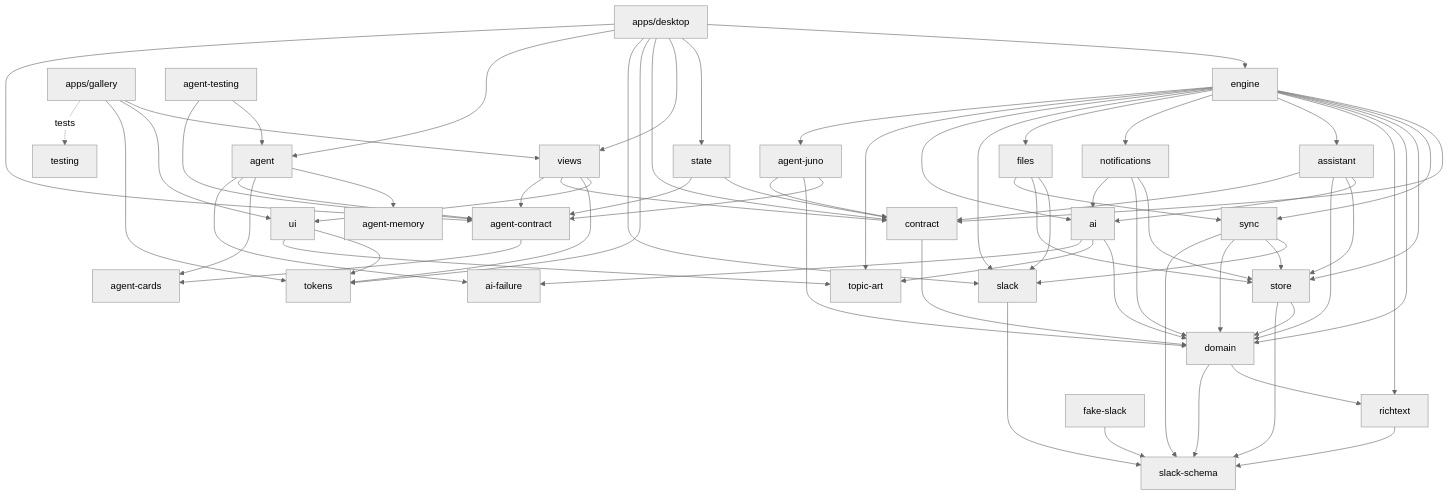
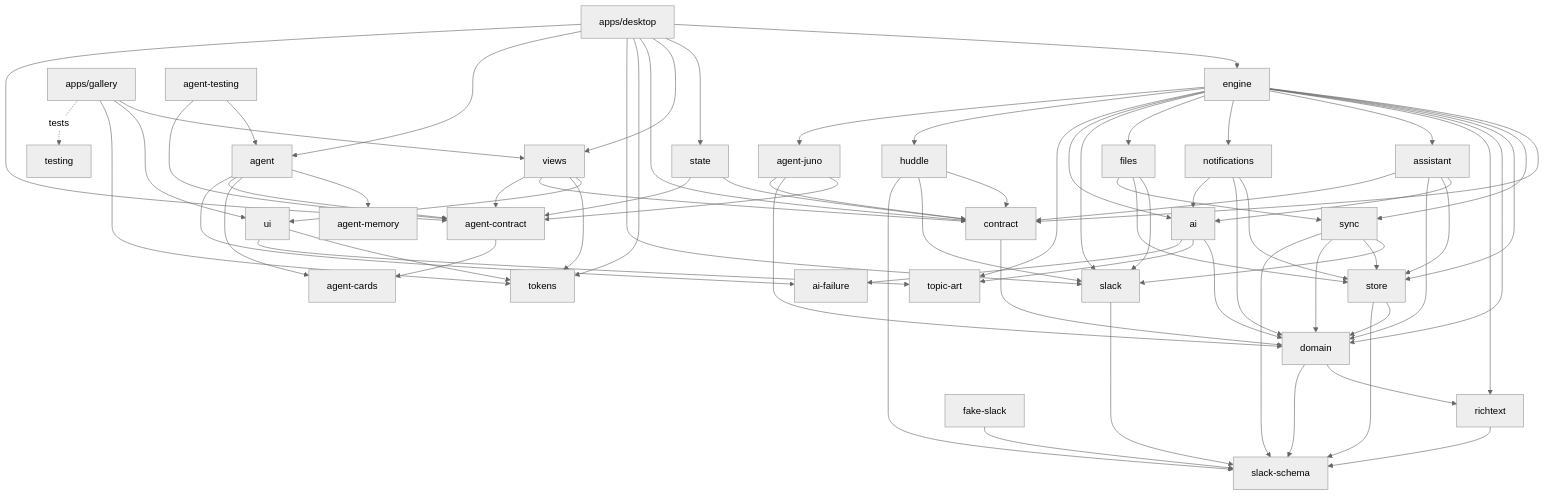
One commit to triptu/juno changed the second of 2 diagrams in docs/architecture.md. Above: the diagram before and after it, drawn with Mermaid (neutral theme). The commit also changed other lines of this file and 3 other files, not shown here.

Commit message:
Document the huddle engine: store, media reports and the status TODO

````diff
--- a/docs/architecture.md
+++ b/docs/architecture.md
@@ -116,32 +116,34 @@
 ```mermaid
 flowchart TD
   slack_schema[slack-schema]
   richtext --> slack_schema
   domain --> richtext & slack_schema
   contract --> domain
   slack --> slack_schema
   store --> domain & slack_schema
   sync --> slack & store & domain & slack_schema
   topic_art[topic-art]
   ai --> domain & topic_art & ai_failure[ai-failure]
   assistant --> ai & store & domain & contract
   notifications --> store & domain & ai
   files --> slack & store & sync
   engine --> contract & sync & store & domain & richtext & assistant & notifications & files & slack & ai & topic_art
+  huddle --> contract & slack & slack_schema
+  engine --> huddle
   fake_slack[fake-slack] --> slack_schema
   tokens
   ui --> tokens & topic_art
   views --> ui & tokens & contract
   state --> contract
   desktop[apps/desktop] --> engine & state & views & contract & tokens & slack
   gallery[apps/gallery] --> views & ui & tokens
   gallery -.tests.-> testing[testing]
   agent_contract[agent-contract] --> agent_cards[agent-cards]
   agent --> agent_memory[agent-memory] & agent_cards & agent_contract & ai_failure
   agent_juno[agent-juno] --> agent_contract & domain & contract
   agent_testing[agent-testing] --> agent & agent_contract
   engine --> agent_juno
   state --> agent_contract
   views --> agent_contract
   desktop --> agent & agent_contract
 ```
````
